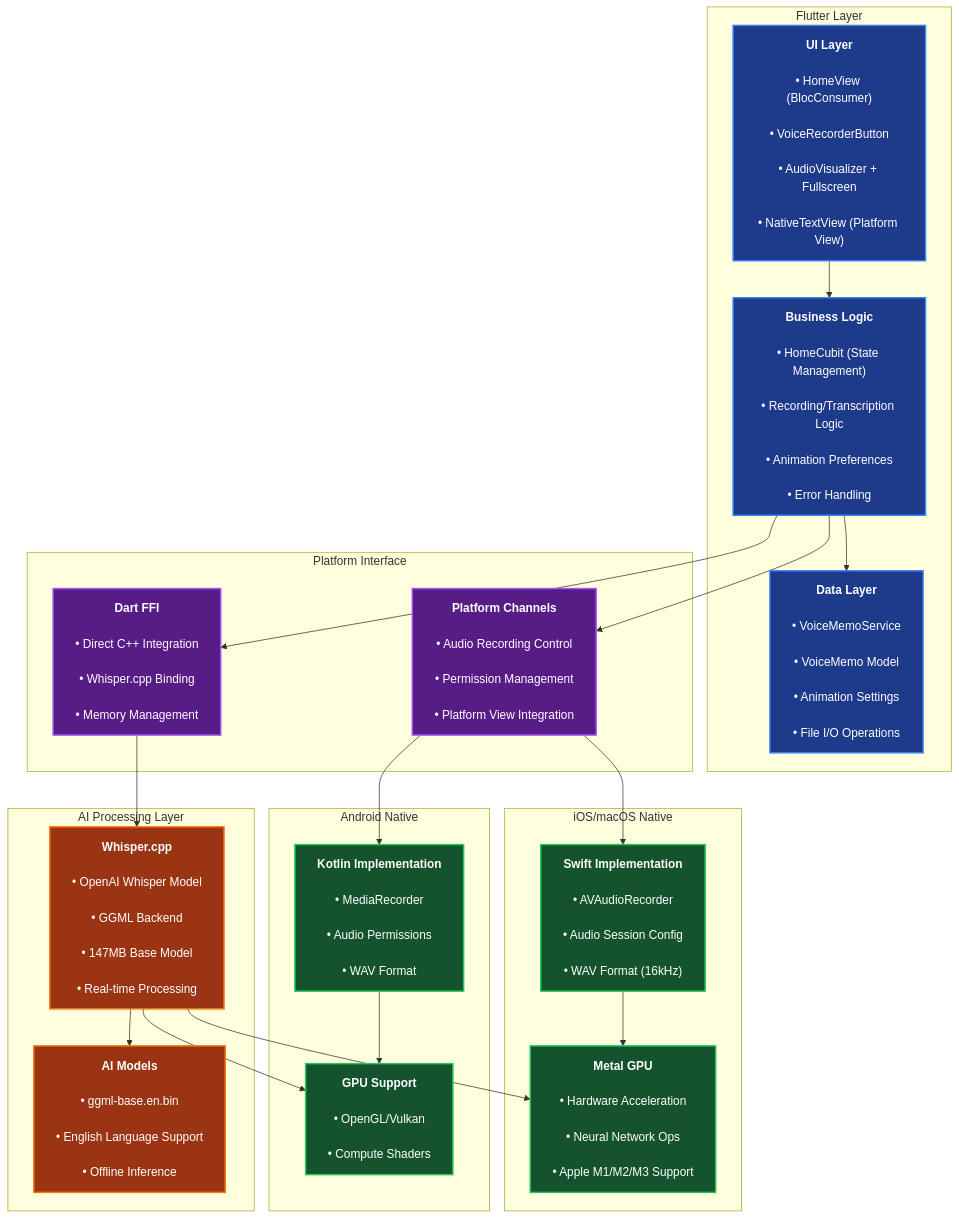
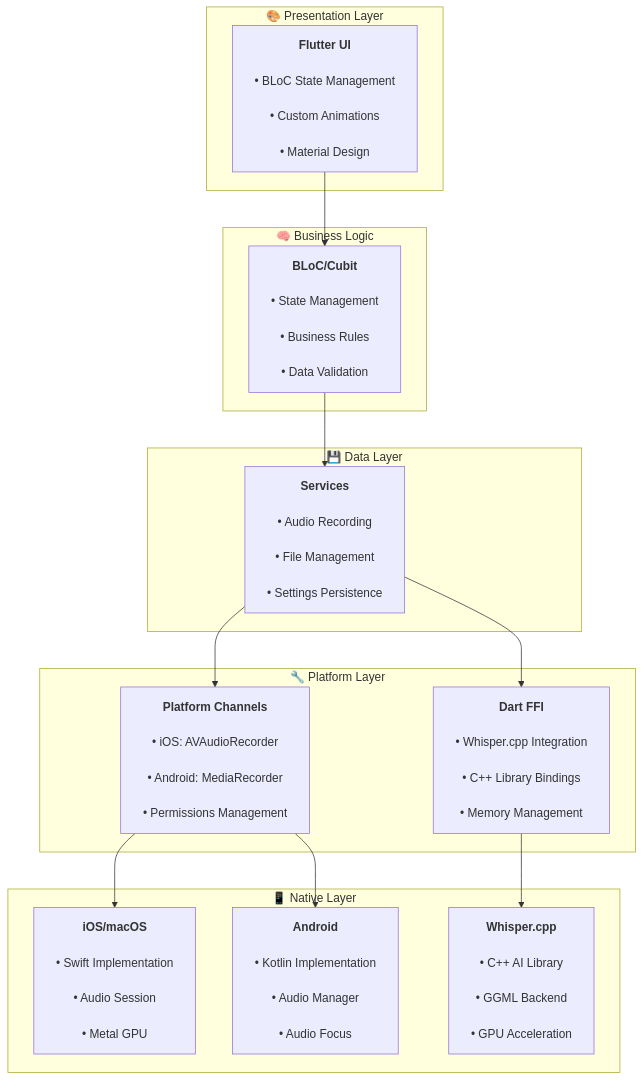
One commit to esrakadah/flutter_voice_bridge changed the diagram in README.md. Above: the diagram before and after it, drawn with Mermaid. The commit also changed other lines of this file and 16 other files, not shown here.

````diff
--- a/README.md
+++ b/README.md
@@ -265,102 +88,60 @@
 ```mermaid
 graph TB
-    %% Flutter App Architecture & Native Connections
-    subgraph "Flutter Layer"
-        UI["`**UI Layer**<br/>
-        • HomeView (BlocConsumer)<br/>
-        • VoiceRecorderButton<br/>
-        • AudioVisualizer + Fullscreen<br/>
-        • NativeTextView (Platform View)`"]
-        
-        BL["`**Business Logic**<br/>
-        • HomeCubit (State Management)<br/>
-        • Recording/Transcription Logic<br/>
-        • Animation Preferences<br/>
-        • Error Handling`"]
-        
-        Data["`**Data Layer**<br/>
-        • VoiceMemoService<br/>
-        • VoiceMemo Model<br/>
-        • Animation Settings<br/>
-        • File I/O Operations`"]
+    subgraph "🎨 Presentation Layer"
+        UI["`**Flutter UI**<br/>
+        • BLoC State Management<br/>
+        • Custom Animations<br/>
+        • Material Design`"]
     end
     
-    subgraph "Platform Interface"
-        PC["`**Platform Channels**<br/>
-        • Audio Recording Control<br/>
-        • Permission Management<br/>
-        • Platform View Integration`"]
+    subgraph "🧠 Business Logic"
+        BLoC["`**BLoC/Cubit**<br/>
+        • State Management<br/>
+        • Business Rules<br/>
+        • Data Validation`"]
+    end
+    
+    subgraph "💾 Data Layer"
+        Services["`**Services**<br/>
+        • Audio Recording<br/>
+        • File Management<br/>
+        • Settings Persistence`"]
+    end
+    
+    subgraph "🔧 Platform Layer"
+        Channels["`**Platform Channels**<br/>
+        • iOS: AVAudioRecorder<br/>
+        • Android: MediaRecorder<br/>
+        • Permissions Management`"]
         
         FFI["`**Dart FFI**<br/>
-        • Direct C++ Integration<br/>
-        • Whisper.cpp Binding<br/>
+        • Whisper.cpp Integration<br/>
+        • C++ Library Bindings<br/>
         • Memory Management`"]
     end
     
-    subgraph "iOS/macOS Native"
-        iOS_Swift["`**Swift Implementation**<br/>
-        • AVAudioRecorder<br/>
-        • Audio Session Config<br/>
-        • WAV Format (16kHz)`"]
+    subgraph "📱 Native Layer"
+        iOS["`**iOS/macOS**<br/>
+        • Swift Implementation<br/>
+        • Audio Session<br/>
+        • Metal GPU`"]
         
-        iOS_Metal["`**Metal GPU**<br/>
-        • Hardware Acceleration<br/>
-        • Neural Network Ops<br/>
-        • Apple M1/M2/M3 Support`"]
+        Android["`**Android**<br/>
+        • Kotlin Implementation<br/>
+        • Audio Manager<br/>
+        • Audio Focus`"]
+        
+        Whisper["`**Whisper.cpp**<br/>
+        • C++ AI Library<br/>
+        • GGML Backend<br/>
+        • GPU Acceleration`"]
     end
     
-    subgraph "Android Native"
-        Android_Kotlin["`**Kotlin Implementation**<br/>
-        • MediaRecorder<br/>
-        • Audio Permissions<br/>
-        • WAV Format`"]
-        
-        Android_GPU["`**GPU Support**<br/>
-        • OpenGL/Vulkan<br/>
-        • Compute Shaders`"]
-    end
-    
-    subgraph "AI Processing Layer"
-        Whisper["`**Whisper.cpp**<br/>
-        • OpenAI Whisper Model<br/>
-        • GGML Backend<br/>
-        • 147MB Base Model<br/>
-        • Real-time Processing`"]
-        
-        Models["`**AI Models**<br/>
-        • ggml-base.en.bin<br/>
-        • English Language Support<br/>
-        • Offline Inference`"]
-    end
-    
-    %% Flutter Internal Flow
-    UI --> BL
-    BL --> Data
-    BL --> PC
-    BL --> FFI
-    
-    %% Platform Channel Connections
-    PC --> iOS_Swift
-    PC --> Android_Kotlin
-    
-    %% FFI Direct Connections
+    UI --> BLoC
+    BLoC --> Services
+    Services --> Channels
+    Services --> FFI
+    Channels --> iOS
+    Channels --> Android
     FFI --> Whisper
-    Whisper --> Models
-    
-    %% GPU Acceleration Paths
-    iOS_Swift --> iOS_Metal
-    Android_Kotlin --> Android_GPU
-    Whisper --> iOS_Metal
-    Whisper --> Android_GPU
-    
-    %% Styling
-    classDef flutter fill:#1e3a8a,stroke:#3b82f6,stroke-width:2px,color:#ffffff
-    classDef platform fill:#581c87,stroke:#a855f7,stroke-width:2px,color:#ffffff
-    classDef native fill:#14532d,stroke:#22c55e,stroke-width:2px,color:#ffffff
-    classDef ai fill:#9a3412,stroke:#f97316,stroke-width:2px,color:#ffffff
-    
-    class UI,BL,Data flutter
-    class PC,FFI platform
-    class iOS_Swift,Android_Kotlin,iOS_Metal,Android_GPU native
-    class Whisper,Models ai
 ```
````
